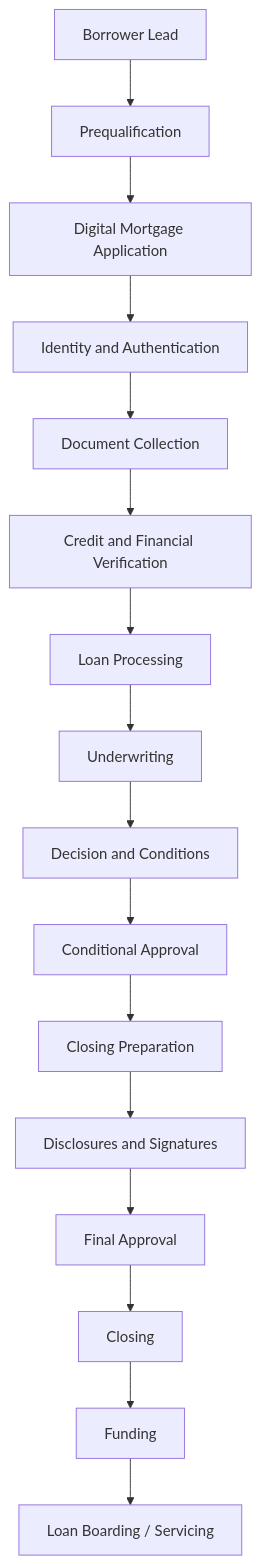
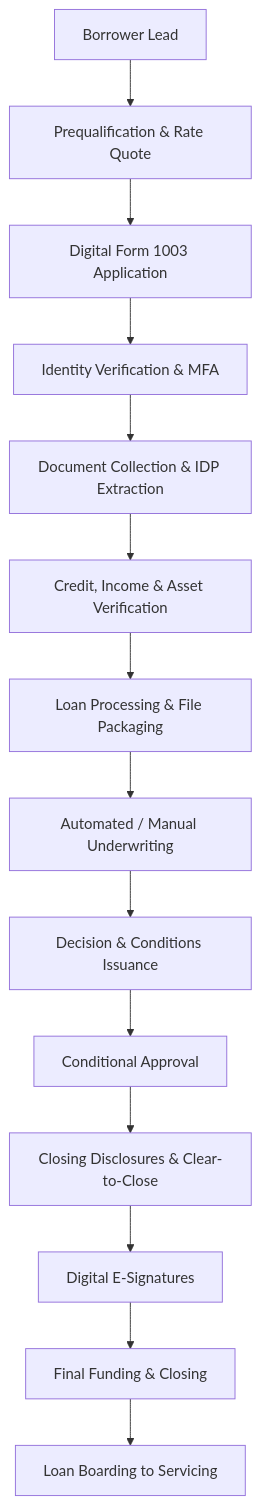
One commit to ishandutta2007/Awesome-Mortgage-Origination changed the first of 3 diagrams in README.md. Above: the diagram before and after it, drawn with Mermaid. The commit also changed other lines of this file and 1 other file, not shown here.

````diff
--- a/README.md
+++ b/README.md
@@ -630,49 +384,16 @@
 ```mermaid id="mtgflow01"
-
 flowchart TD
-
-    A[Borrower Lead] --> B[Prequalification]
-
-    B --> C[Digital Mortgage Application]
-
-
-
-    C --> D[Identity and Authentication]
-
-    D --> E[Document Collection]
-
-
-
-    E --> F[Credit and Financial Verification]
-
-    F --> G[Loan Processing]
-
-
-
-    G --> H[Underwriting]
-
-    H --> I[Decision and Conditions]
-
-
-
+    A[Borrower Lead] --> B[Prequalification & Rate Quote]
+    B --> C[Digital Form 1003 Application]
+    C --> D[Identity Verification & MFA]
+    D --> E[Document Collection & IDP Extraction]
+    E --> F[Credit, Income & Asset Verification]
+    F --> G[Loan Processing & File Packaging]
+    G --> H[Automated / Manual Underwriting]
+    H --> I[Decision & Conditions Issuance]
     I --> J[Conditional Approval]
-
-    J --> K[Closing Preparation]
-
-
-
-    K --> L[Disclosures and Signatures]
-
-    L --> M[Final Approval]
-
-
-
-    M --> N[Closing]
-
-    N --> O[Funding]
-
-
-
-    O --> P[Loan Boarding / Servicing]
-
+    J --> K[Closing Disclosures & Clear-to-Close]
+    K --> L[Digital E-Signatures]
+    L --> M[Final Funding & Closing]
+    M --> N[Loan Boarding to Servicing]
 ```
````
